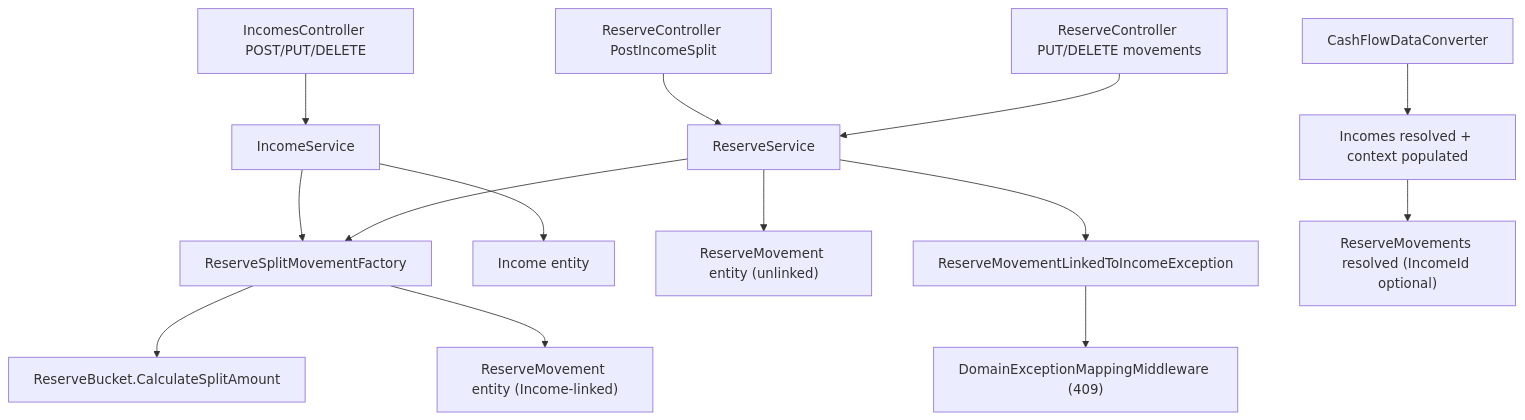
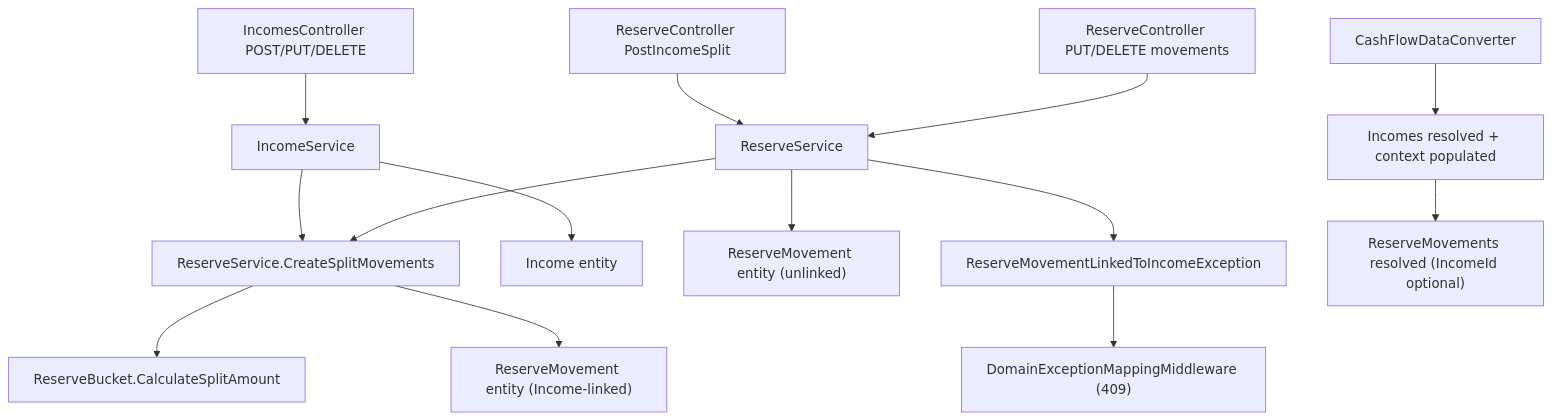
Before and after one commit to ggibellato/Financial: the diagram in docs/prd/P36-prd-automated-income-reserve-split/features/P36-F02-automated-income-to-reserve-split-orchestration/spec.md, drawn with Mermaid. The commit also changed other lines of this file and 3 other files, not shown here.

First line of the commit message:
refactor(cashflow): fold split fan-out into ReserveService, drop SaveWithRollbackAsync (P36-F02)

````diff
--- a/docs/prd/P36-prd-automated-income-reserve-split/features/P36-F02-automated-income-to-reserve-split-orchestration/spec.md
+++ b/docs/prd/P36-prd-automated-income-reserve-split/features/P36-F02-automated-income-to-reserve-split-orchestration/spec.md
@@ -34,16 +34,16 @@
 ```mermaid
 graph TD
     A["IncomesController POST/PUT/DELETE"] --> B["IncomeService"]
-    B --> C["ReserveSplitMovementFactory"]
+    B --> C["ReserveService.CreateSplitMovements"]
     C --> D["ReserveBucket.CalculateSplitAmount"]
     B --> E["Income entity"]
     C --> F["ReserveMovement entity (Income-linked)"]
     G["ReserveController PostIncomeSplit"] --> H["ReserveService"]
     H --> C
     H --> I["ReserveMovement entity (unlinked)"]
     J["ReserveController PUT/DELETE movements"] --> H
     H --> K["ReserveMovementLinkedToIncomeException"]
     K --> L["DomainExceptionMappingMiddleware (409)"]
     M["CashFlowDataConverter"] --> N["Incomes resolved + context populated"]
     N --> O["ReserveMovements resolved (IncomeId optional)"]
 ```
````
